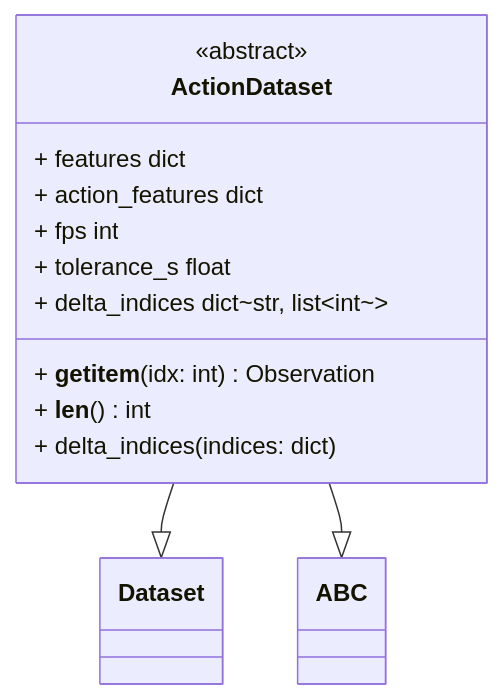
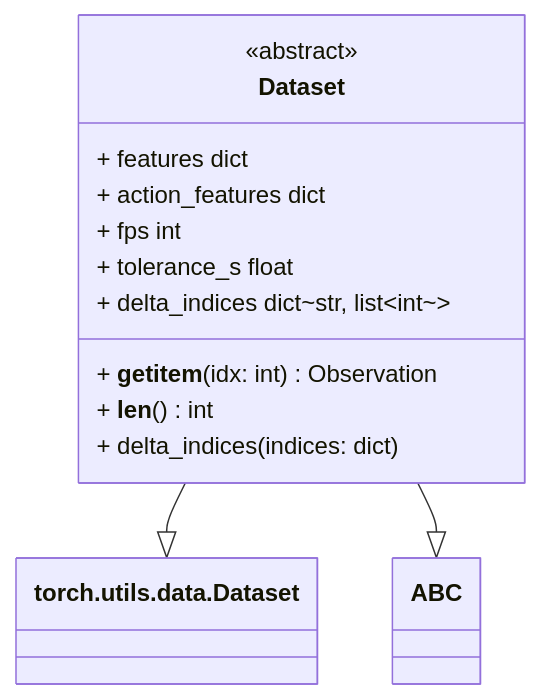
Before and after one commit to open-edge-platform/physical-ai-studio: the diagram in lib/docs/design/data/action.md, drawn with Mermaid. The commit also changed other lines of this file and 27 other files, not shown here.

````diff
--- a/lib/docs/design/data/action.md
+++ b/lib/docs/design/data/action.md
@@ -5,20 +5,20 @@
 ```mermaid
 classDiagram
-    class Dataset
+    class torch.utils.data.Dataset
     class ABC
 
-    class ActionDataset {
+    class Dataset {
         <<abstract>>
         + __getitem__(idx: int) Observation
         + __len__() int
         + features dict
         + action_features dict
         + fps int
         + tolerance_s float
         + delta_indices dict~str, list~int~~
         + delta_indices(indices: dict)
     }
 
-    ActionDataset --|> Dataset
-    ActionDataset --|> ABC
+    Dataset --|> torch.utils.data.Dataset
+    Dataset --|> ABC
 ```
````
